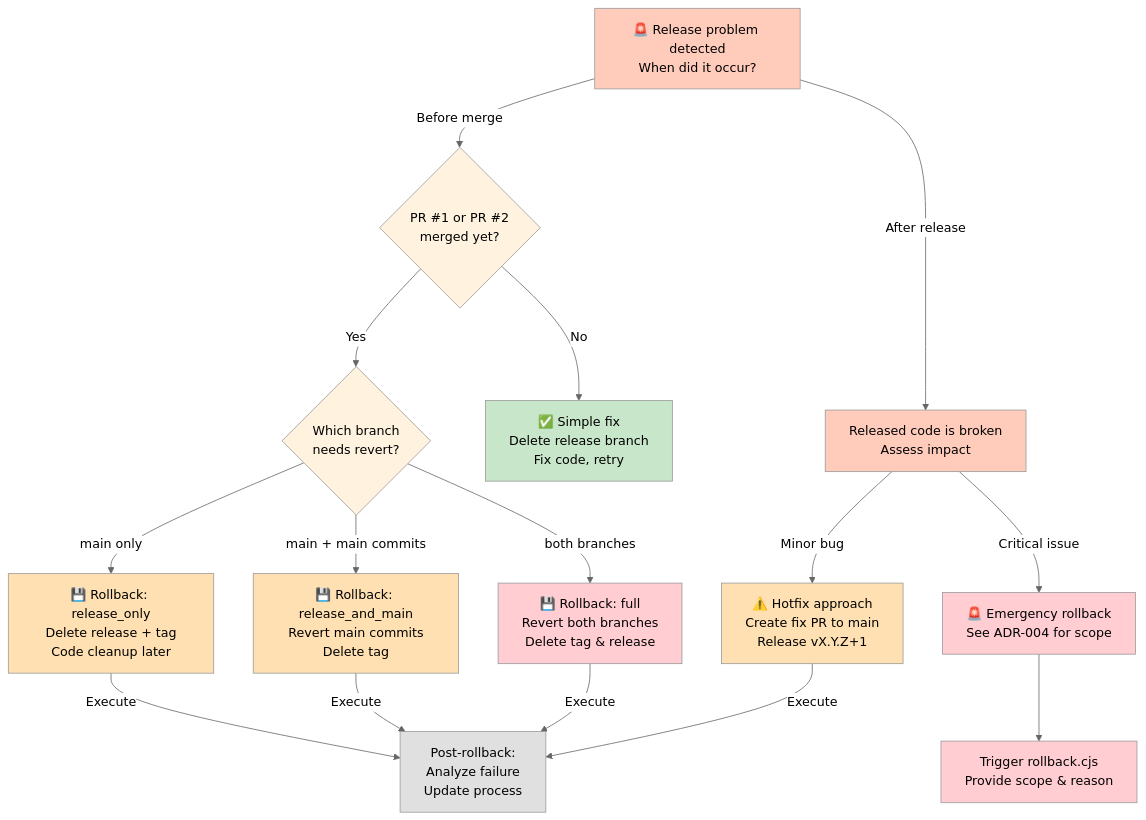
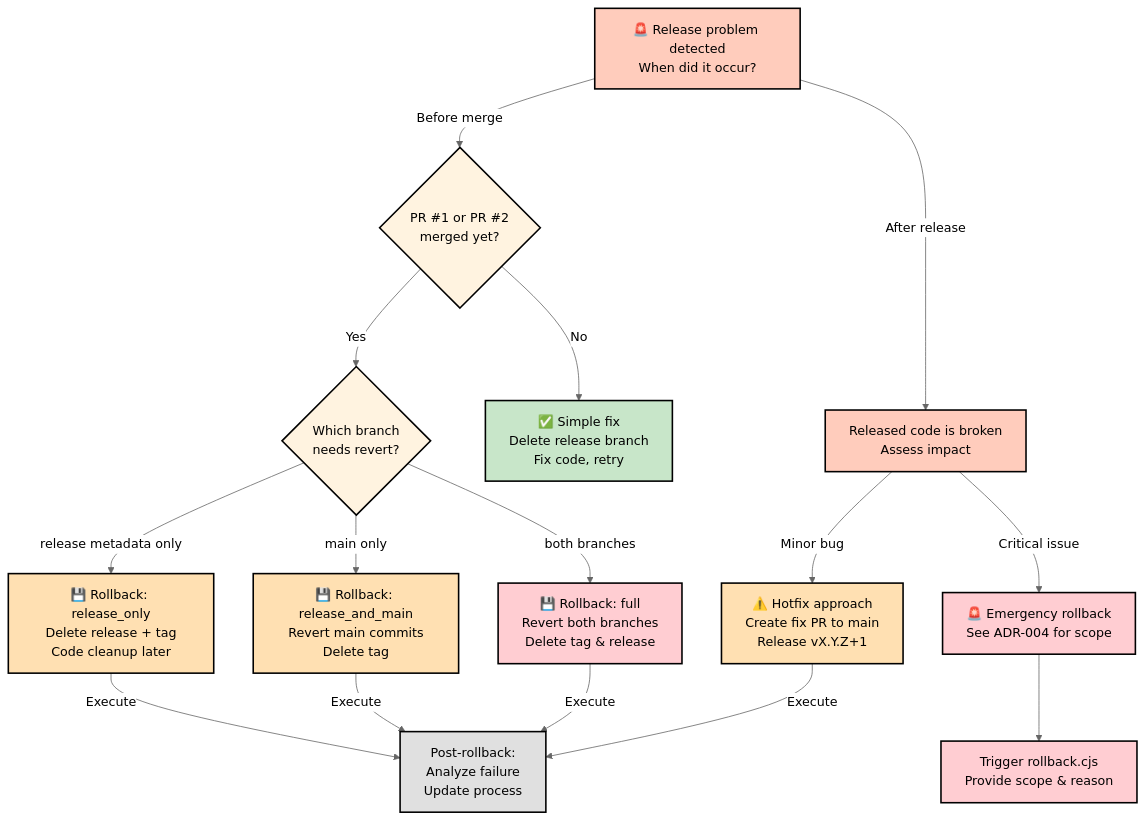
The fourth of 4 diagrams in docs/RELEASE_PROCESS.md (lightspeedwp/.github), drawn with Mermaid (neutral theme) before and after one commit. The commit also changed other lines of this file and 10 other files, not shown here.

````diff
--- a/docs/RELEASE_PROCESS.md
+++ b/docs/RELEASE_PROCESS.md
@@ -357,30 +363,32 @@
 ```mermaid
-graph TD
+flowchart TD
+    accTitle: Rollback decision tree
+    accDescr: Diagnose release failure timing and decide rollback scope (metadata only, main only, or full)
     A["🚨 Release problem detected<br/>When did it occur?"] -->|Before merge| B{PR #1 or PR #2<br/>merged yet?}
     A -->|After release| C["Released code is broken<br/>Assess impact"]
     B -->|No| D["✅ Simple fix<br/>Delete release branch<br/>Fix code, retry"]
     B -->|Yes| E{Which branch<br/>needs revert?}
-    E -->|"main only"| F["💾 Rollback: release_only<br/>Delete release + tag<br/>Code cleanup later"]
-    E -->|"main + main commits"| G["💾 Rollback: release_and_main<br/>Revert main commits<br/>Delete tag"]
+    E -->|"release metadata only"| F["💾 Rollback: release_only<br/>Delete release + tag<br/>Code cleanup later"]
+    E -->|"main only"| G["💾 Rollback: release_and_main<br/>Revert main commits<br/>Delete tag"]
     E -->|"both branches"| H["💾 Rollback: full<br/>Revert both branches<br/>Delete tag & release"]
     C -->|"Minor bug"| I["⚠️ Hotfix approach<br/>Create fix PR to main<br/>Release vX.Y.Z+1"]
     C -->|"Critical issue"| J["🚨 Emergency rollback<br/>See ADR-004 for scope"]
     J --> K["Trigger rollback.cjs<br/>Provide scope & reason"]
     F -->|Execute| L["Post-rollback:<br/>Analyze failure<br/>Update process"]
     G -->|Execute| L
     H -->|Execute| L
     I -->|Execute| L
     
-    style A fill:#ffccbc
-    style B fill:#fff3e0
-    style C fill:#ffccbc
-    style D fill:#c8e6c9
-    style E fill:#fff3e0
-    style F fill:#ffe0b2
-    style G fill:#ffe0b2
-    style H fill:#ffcdd2
-    style I fill:#ffe0b2
-    style J fill:#ffcdd2
-    style K fill:#ffcdd2
-    style L fill:#e0e0e0
+    style A fill:#ffccbc,color:#000,stroke:#000,stroke-width:2px
+    style B fill:#fff3e0,color:#000,stroke:#000,stroke-width:2px
+    style C fill:#ffccbc,color:#000,stroke:#000,stroke-width:2px
+    style D fill:#c8e6c9,color:#000,stroke:#000,stroke-width:2px
+    style E fill:#fff3e0,color:#000,stroke:#000,stroke-width:2px
+    style F fill:#ffe0b2,color:#000,stroke:#000,stroke-width:2px
+    style G fill:#ffe0b2,color:#000,stroke:#000,stroke-width:2px
+    style H fill:#ffcdd2,color:#000,stroke:#000,stroke-width:2px
+    style I fill:#ffe0b2,color:#000,stroke:#000,stroke-width:2px
+    style J fill:#ffcdd2,color:#000,stroke:#000,stroke-width:2px
+    style K fill:#ffcdd2,color:#000,stroke:#000,stroke-width:2px
+    style L fill:#e0e0e0,color:#000,stroke:#000,stroke-width:2px
 ```
````
